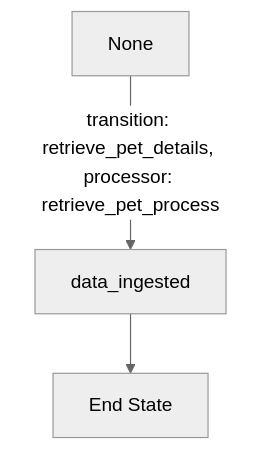
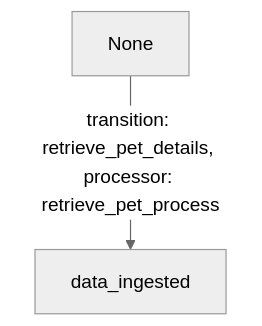
The first of 4 diagrams in entity/app_design_prd.md (Cyoda-platform/quart-client-template), drawn with Mermaid (neutral theme) before and after one commit.

````diff
--- a/entity/app_design_prd.md
+++ b/entity/app_design_prd.md
@@ -45,7 +45,6 @@
 ```mermaid
 flowchart TD
     A[None] -->|transition: retrieve_pet_details, processor: retrieve_pet_process| B[data_ingested]
-    B --> C[End State]
 
-    class A,B,C automated;
+    class A,B automated;
 ```
````
